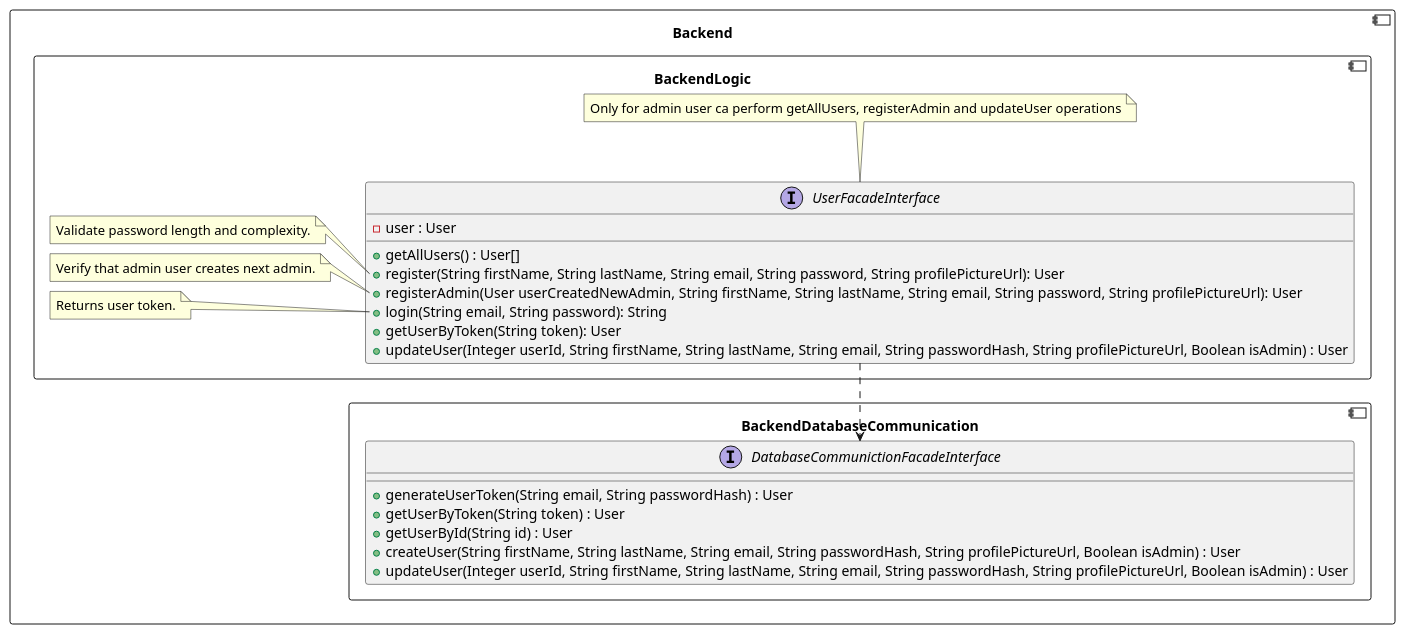
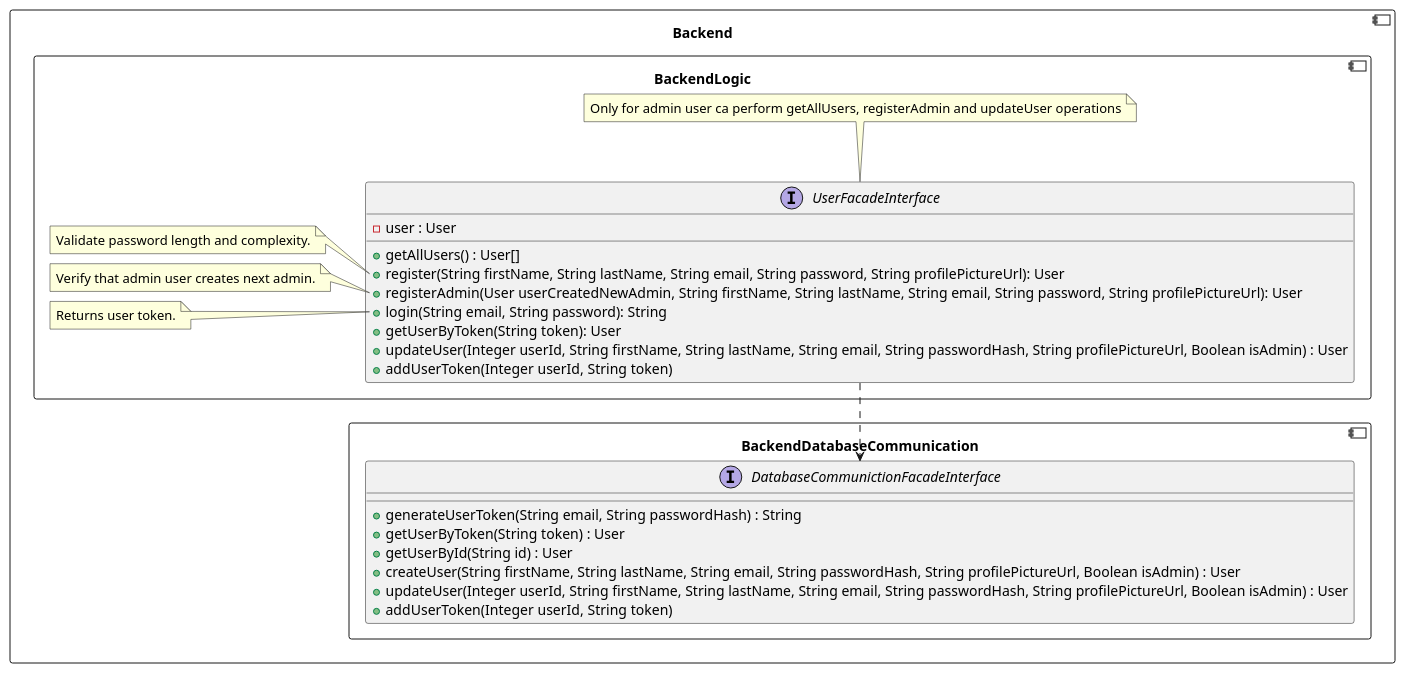
One commit to RadekBucki/OpinionCollectorArchitecture changed the second of 5 diagrams in backend/BackendLogic.md. Above: the diagram before and after it, drawn with PlantUML. The commit also changed other lines of this file and 1 other file, not shown here.

Commit message:
Database and facades bug fixes

````diff
--- a/backend/BackendLogic.md
+++ b/backend/BackendLogic.md
@@ -27,45 +27,47 @@
 ```plantuml
 @startuml
 component Backend {
     component BackendDatabaseCommunication {
         interface DatabaseCommunictionFacadeInterface {
-            + generateUserToken(String email, String passwordHash) : User
+            + generateUserToken(String email, String passwordHash) : String
             + getUserByToken(String token) : User
             + getUserById(String id) : User
             + createUser(String firstName, String lastName, String email, String passwordHash, String profilePictureUrl, Boolean isAdmin) : User
             + updateUser(Integer userId, String firstName, String lastName, String email, String passwordHash, String profilePictureUrl, Boolean isAdmin) : User
+            + addUserToken(Integer userId, String token)
         }
     }
     
     component BackendLogic {
         UserFacadeInterface  ..> DatabaseCommunictionFacadeInterface
         
         interface UserFacadeInterface {
             - user : User
             + getAllUsers() : User[]
             + register(String firstName, String lastName, String email, String password, String profilePictureUrl): User
             + registerAdmin(User userCreatedNewAdmin, String firstName, String lastName, String email, String password, String profilePictureUrl): User
             + login(String email, String password): String
             + getUserByToken(String token): User
             + updateUser(Integer userId, String firstName, String lastName, String email, String passwordHash, String profilePictureUrl, Boolean isAdmin) : User
+            + addUserToken(Integer userId, String token)
         }
     
         note top of UserFacadeInterface
             Only for admin user ca perform getAllUsers, registerAdmin and updateUser operations
         endnote
     
         note left of UserFacadeInterface::register
             Validate password length and complexity.
         endnote
     
         note left of UserFacadeInterface::registerAdmin
             Verify that admin user creates next admin.
         endnote
     
         note left of UserFacadeInterface::login
             Returns user token.
         endnote
     }
 }
 @enduml 
 ```
````
